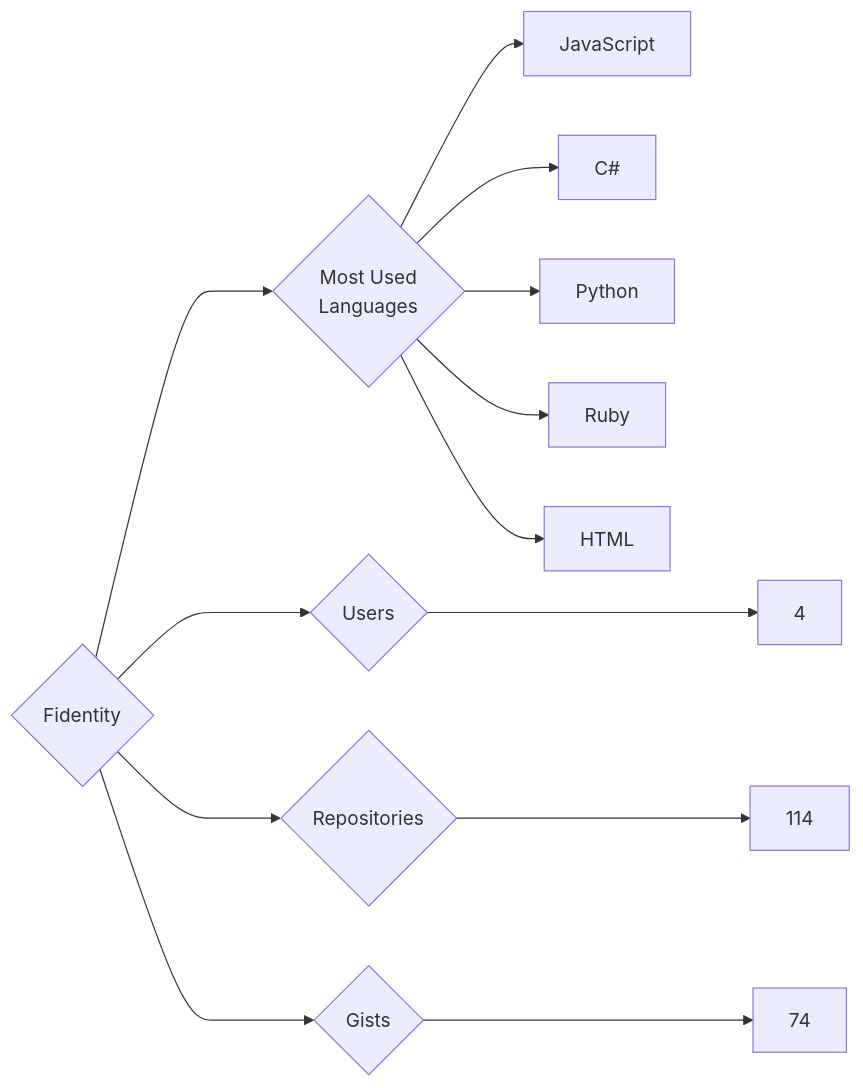
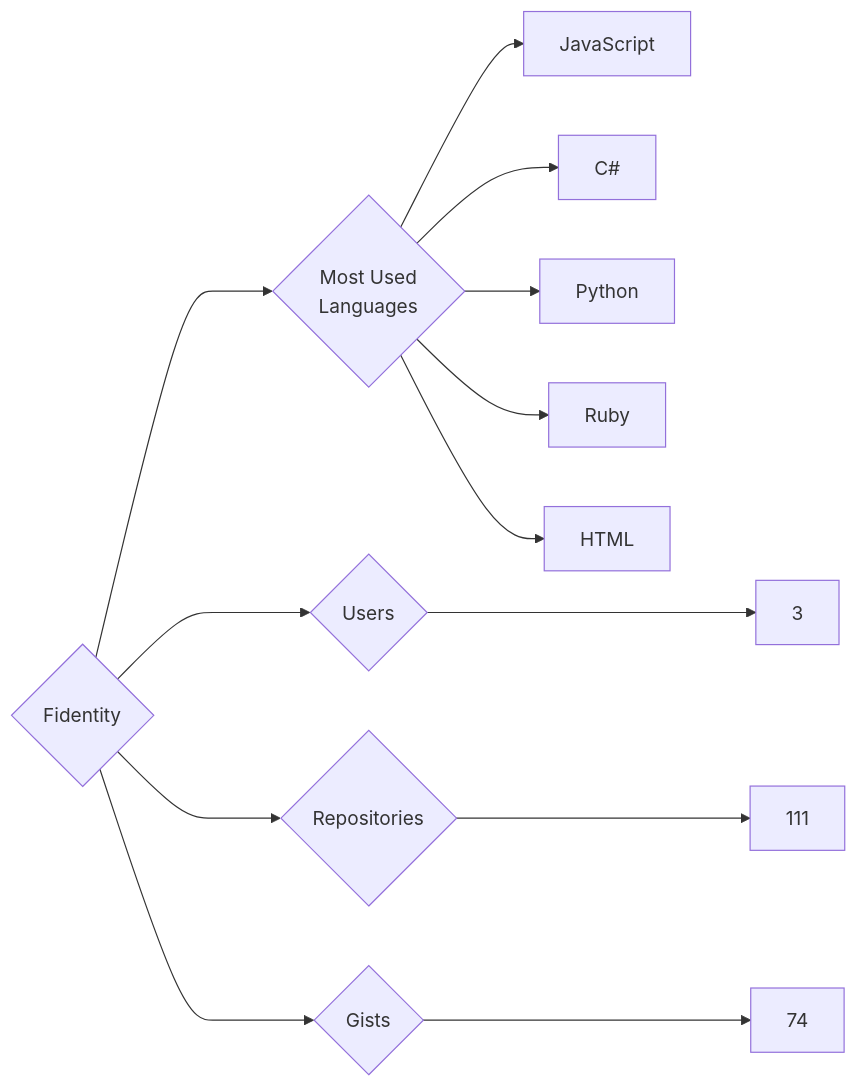
The diagram in targets/Fidentity/README.md (trickest/insiders), drawn with Mermaid before and after one commit. The commit also changed 636 other files, not shown here.

````diff
--- a/targets/Fidentity/README.md
+++ b/targets/Fidentity/README.md
@@ -3,13 +3,13 @@
 ```mermaid
 graph LR
 COMPANY_NAME{Fidentity}
-COMPANY_NAME ---> U{Users} ---> UN[4]
-COMPANY_NAME ---> R{Repositories} ---> RN[114]
+COMPANY_NAME ---> U{Users} ---> UN[3]
+COMPANY_NAME ---> R{Repositories} ---> RN[111]
 COMPANY_NAME ---> G{Gists} ---> GN[74]
 COMPANY_NAME ---> ML{Most Used<br>Languages}
 ML --> JavaScript[JavaScript]
 ML --> C#[C#]
 ML --> Python[Python]
 ML --> Ruby[Ruby]
 ML --> HTML[HTML]
 ```
````
